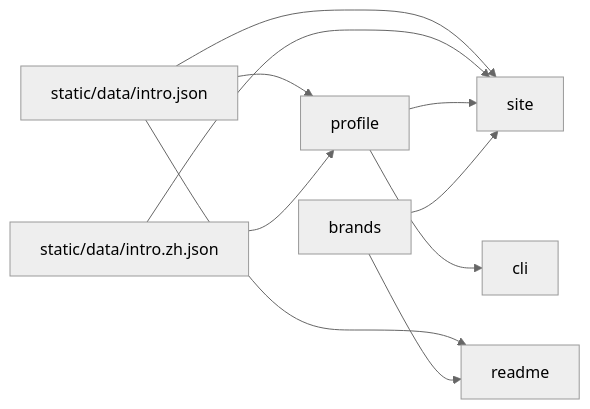
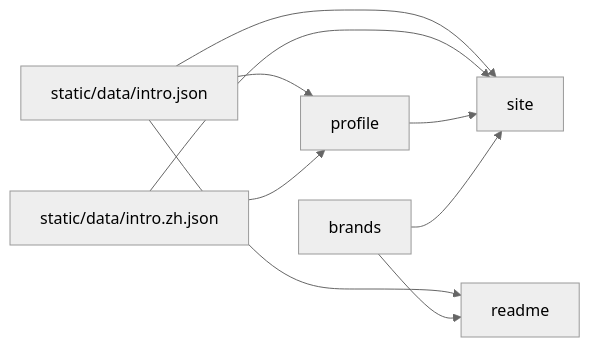
The diagram in architecture.md (heyq02/heyq02), drawn with Mermaid (neutral theme) before and after one commit. The commit also changed other lines of this file and 12 other files, not shown here.

````diff
--- a/architecture.md
+++ b/architecture.md
@@ -17,19 +17,17 @@
 ```mermaid
 flowchart LR
   json["static/data/intro.json"]
   zh["static/data/intro.zh.json"]
   profile["profile"]
   brands["brands"]
   site["site"]
-  cli["cli"]
   readme["readme"]
   json --> profile
   zh --> profile
   json --> site
   zh --> site
   json --> readme
   profile --> site
-  profile --> cli
   brands --> site
   brands --> readme
 ```
````
